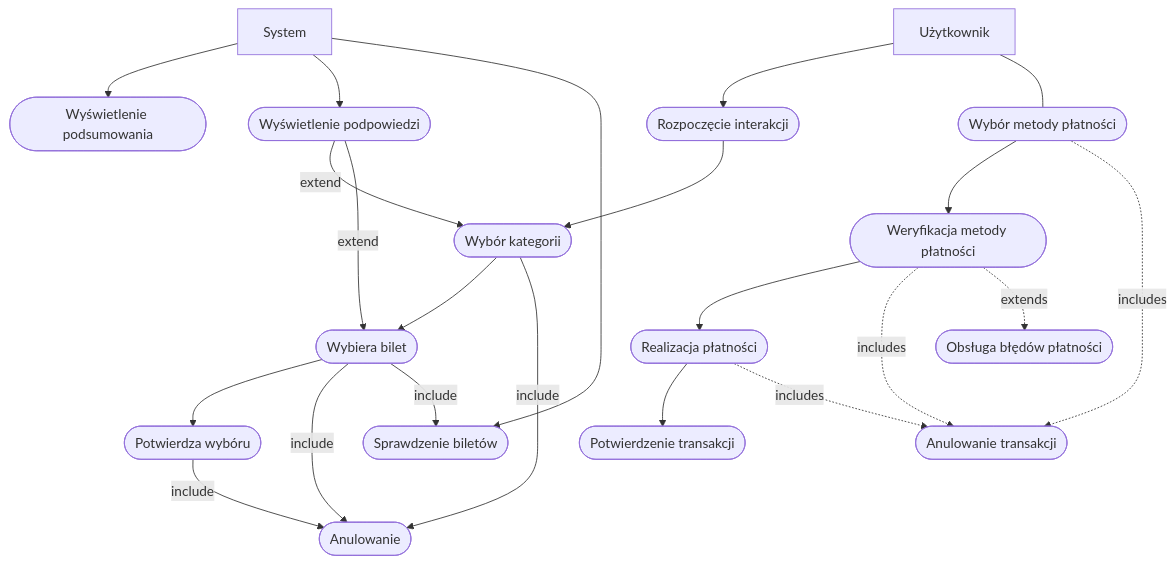
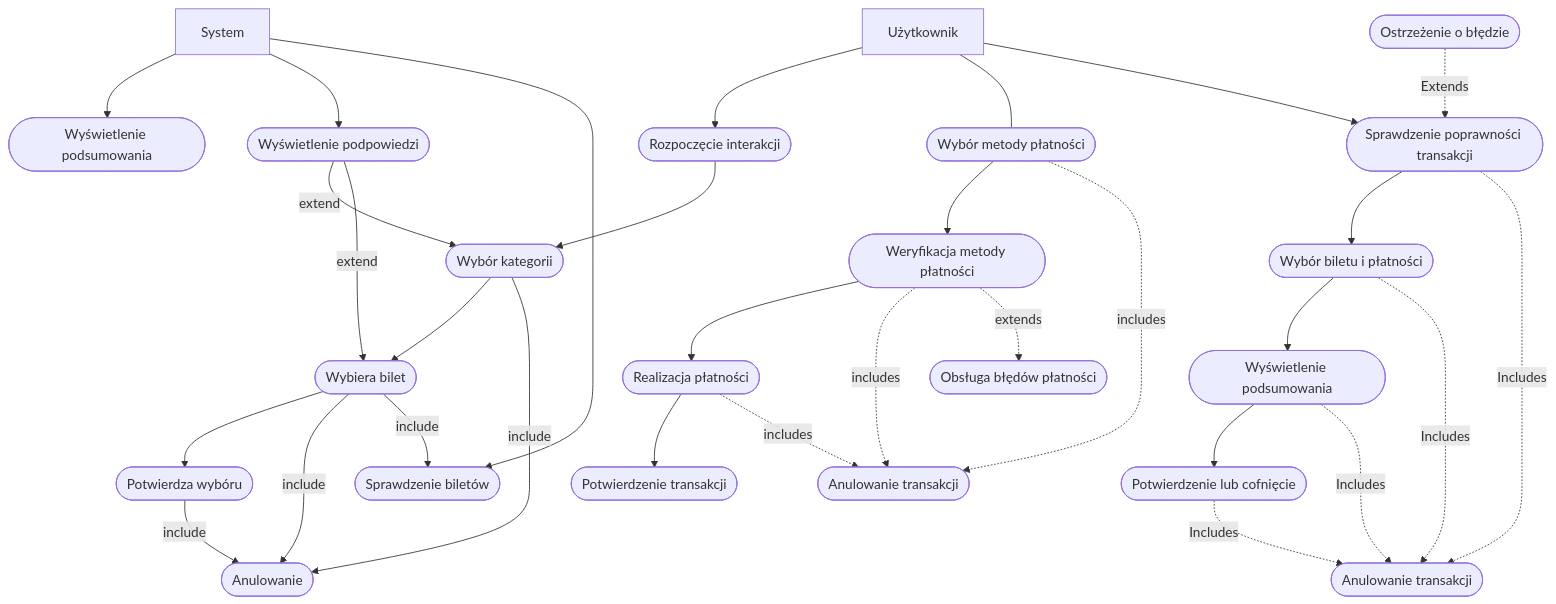
One commit to s3r10us3r/mwo_lab4 changed the fourth of 4 diagrams in uzytkownik.md. Above: the diagram before and after it, drawn with Mermaid. The commit also changed other lines of this file, not shown here.

````diff
--- a/uzytkownik.md
+++ b/uzytkownik.md
@@ -44,22 +64,40 @@
 ```mermaid
 flowchart TD
     Uzytkownik["Użytkownik"] --> PodchodziDoBiletomatu(["Rozpoczęcie interakcji"]) 
     PodchodziDoBiletomatu --> WybieraKategorieBiletu(["Wybór kategorii"])
     WybieraKategorieBiletu --> WybieraBilet(["Wybiera bilet"])
     WybieraBilet --> PotwierdzaBilet(["Potwierdza wybóru"])
     WybieraKategorieBiletu -- include --> Anulowanie(["Anulowanie"])
     WybieraBilet -- include --> Anulowanie & SprawdzenieBiletów(["Sprawdzenie biletów"])
     PotwierdzaBilet -- include --> Anulowanie
     Wyświetleniepodpowiedzi(["Wyświetlenie podpowiedzi"]) -- extend --> WybieraKategorieBiletu & WybieraBilet
     System["System"] --> WyświetleniePodsumowania(["Wyświetlenie podsumowania"]) & Wyświetleniepodpowiedzi & SprawdzenieBiletów
 
     Uzytkownik --- B@{shape: stadium, label: "Wybór metody płatności"}
     B --> C@{shape: stadium, label: "Weryfikacja metody płatności"}
     C --> D@{shape: stadium, label: "Realizacja płatności"}
     D --> E@{shape: stadium, label: "Potwierdzenie transakcji"}
     F@{shape: stadium, label: "Anulowanie transakcji"}
     B -.includes.-> F
     C -.includes.-> F
     D -.includes.-> F
     C -.extends.-> G@{shape: stadium, label: "Obsługa błędów płatności"}
+
+    
+   Uzytkownik --> B1@{shape: stadium, label: "Sprawdzenie poprawności transakcji"}
+   B1 --> E1@{shape: stadium, label: "Wybór biletu i płatności"}
+   E1 --> C1@{shape: stadium, label: "Wyświetlenie podsumowania"}
+   C1 --> D1@{shape: stadium, label: "Potwierdzenie lub cofnięcie"}
+   
+   
+
+   F1@{shape: stadium, label: "Anulowanie transakcji"}
+   G1@{shape: stadium, label: "Ostrzeżenie o błędzie"}
+
+   G1 -.Extends.-> B1
+   B1 -.Includes.-> F1
+   C1 -.Includes.-> F1
+   E1 -.Includes.-> F1
+   D1 -.Includes.-> F1
+
 ```
````
